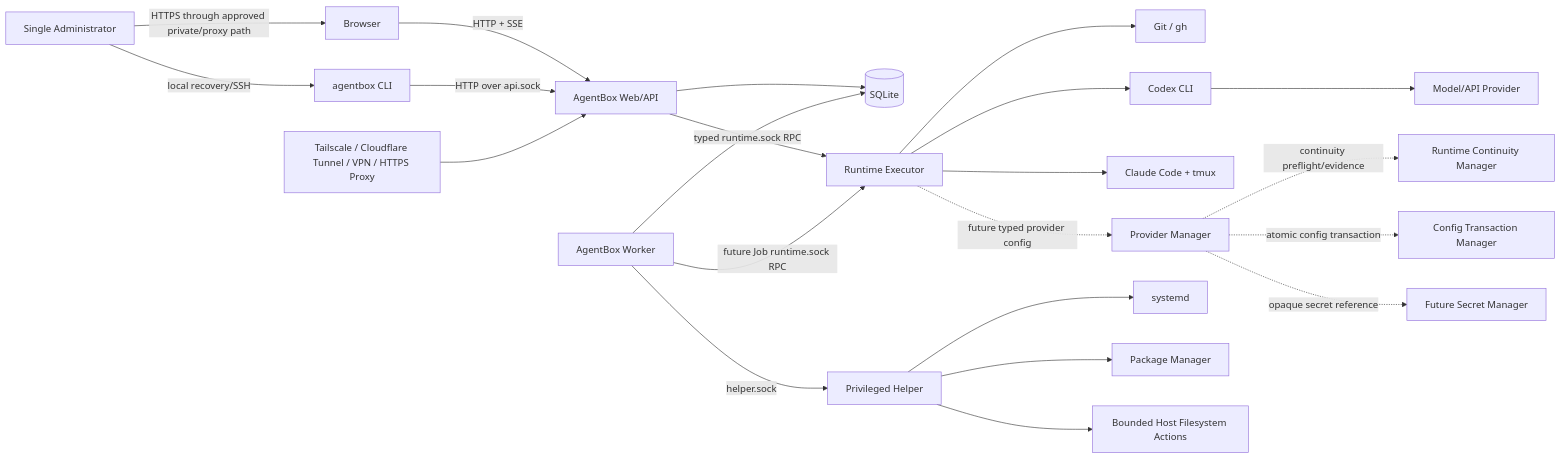
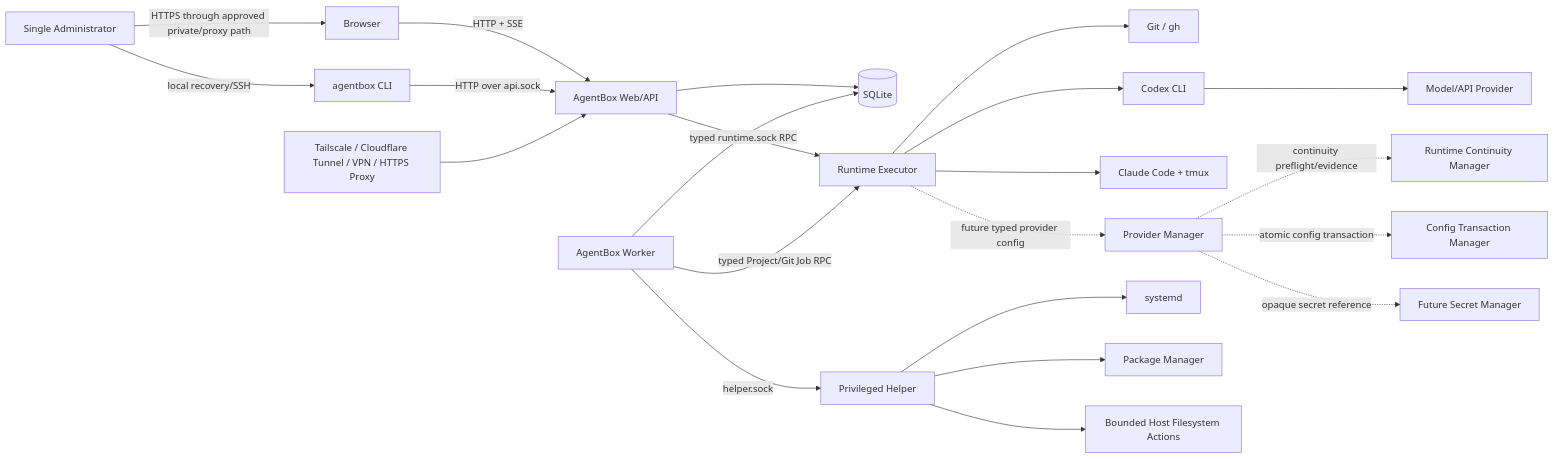
The first of 6 diagrams in docs/ARCHITECTURE.md (ForceMind/agentbox), drawn with Mermaid before and after one commit. The commit also changed other lines of this file and 16 other files, not shown here.

Commit message:
docs: finalize Phase 7 project and Git report

````diff
--- a/docs/ARCHITECTURE.md
+++ b/docs/ARCHITECTURE.md
@@ -138,24 +138,24 @@
 ```mermaid
 flowchart LR
     Admin[Single Administrator] -->|HTTPS through approved private/proxy path| Browser[Browser]
     Admin -->|local recovery/SSH| CLI[agentbox CLI]
     Browser -->|HTTP + SSE| API[AgentBox Web/API]
     CLI -->|HTTP over api.sock| API
     API --> DB[(SQLite)]
     API -->|typed runtime.sock RPC| Runtime[Runtime Executor]
     Worker[AgentBox Worker] --> DB
-    Worker -->|future Job runtime.sock RPC| Runtime
+    Worker -->|typed Project/Git Job RPC| Runtime
     Worker -->|helper.sock| Helper[Privileged Helper]
     Runtime --> Git[Git / gh]
     Runtime --> Codex[Codex CLI]
     Runtime --> Claude[Claude Code + tmux]
     Runtime -. future typed provider config .-> Provider[Provider Manager]
     Provider -. continuity preflight/evidence .-> Continuity[Runtime Continuity Manager]
     Provider -. atomic config transaction .-> ConfigTx[Config Transaction Manager]
     Provider -. opaque secret reference .-> Secrets[Future Secret Manager]
     Codex --> ModelAPI[Model/API Provider]
     Helper --> Systemd[systemd]
     Helper --> Packages[Package Manager]
     Helper --> HostFS[Bounded Host Filesystem Actions]
     Proxy[Tailscale / Cloudflare Tunnel / VPN / HTTPS Proxy] --> API
 ```
````
